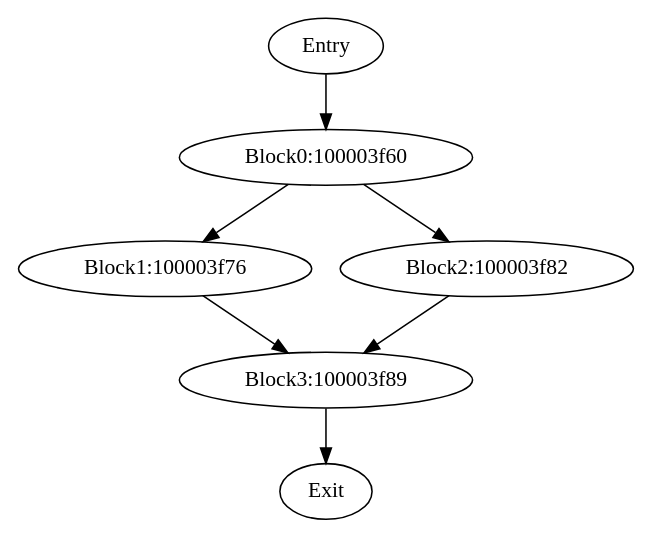
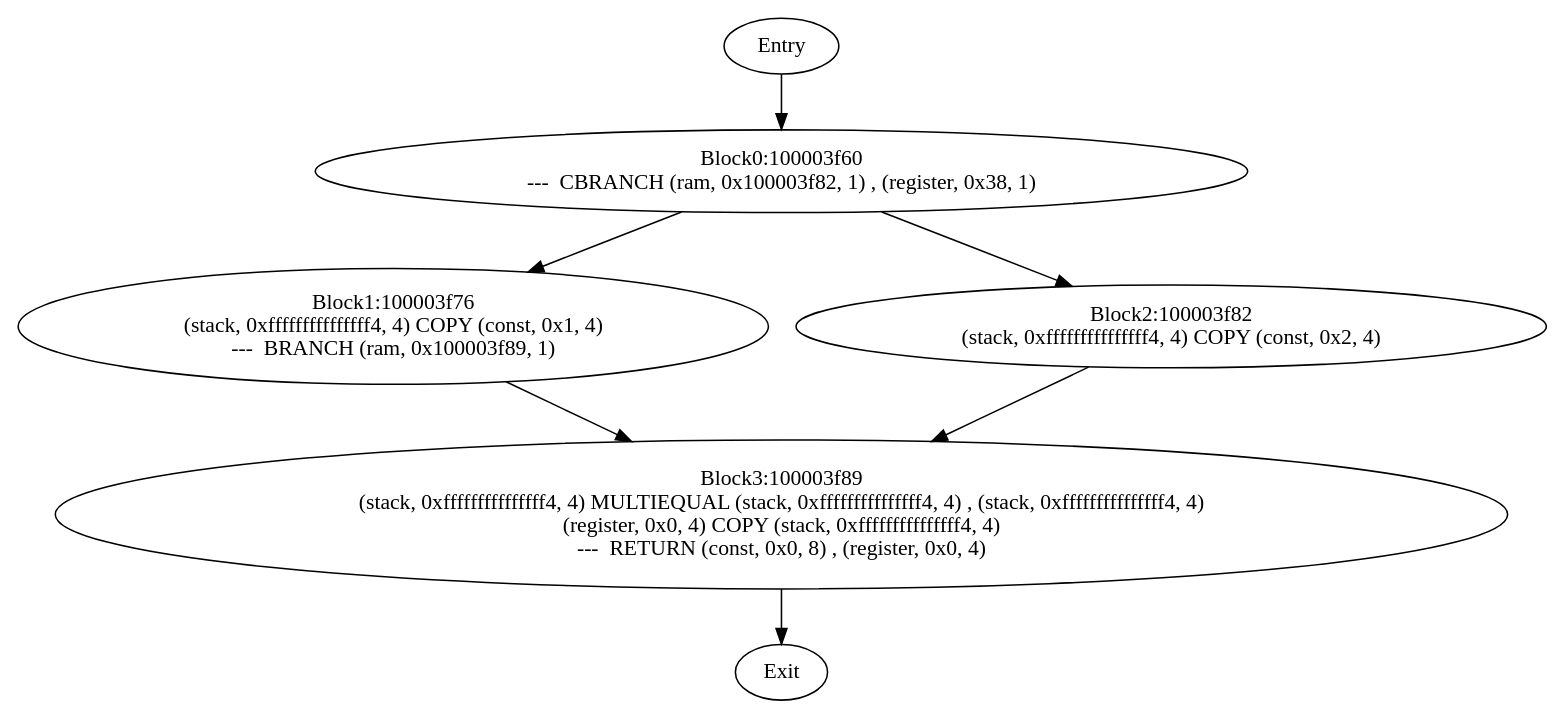
One commit to fishjump/GhidraPointerMiner changed the diagram in example/main.dot. Above: the diagram before and after it, drawn with Graphviz. The commit also changed 3 other files, not shown here.

```diff
--- a/example/main.dot
+++ b/example/main.dot
@@ -1,14 +1,18 @@
 digraph foo {
     "entry"[label="Entry"]
     "exit"[label="Exit"]
-    "100003f60"[label="Block0:100003f60"]
-    "100003f76"[label="Block1:100003f76"]
-    "100003f82"[label="Block2:100003f82"]
-    "100003f89"[label="Block3:100003f89"]
+    "100003f60"[label="Block0:100003f60
+ ---  CBRANCH (ram, 0x100003f82, 1) , (register, 0x38, 1)\n"]
+    "100003f76"[label="Block1:100003f76
+(stack, 0xfffffffffffffff4, 4) COPY (const, 0x1, 4)\n ---  BRANCH (ram, 0x100003f89, 1)\n"]
+    "100003f82"[label="Block2:100003f82
+(stack, 0xfffffffffffffff4, 4) COPY (const, 0x2, 4)\n"]
+    "100003f89"[label="Block3:100003f89
+(stack, 0xfffffffffffffff4, 4) MULTIEQUAL (stack, 0xfffffffffffffff4, 4) , (stack, 0xfffffffffffffff4, 4)\n(register, 0x0, 4) COPY (stack, 0xfffffffffffffff4, 4)\n ---  RETURN (const, 0x0, 8) , (register, 0x0, 4)\n"]
     "entry" -> "100003f60"
     "100003f89" -> "exit"
     "100003f60" -> "100003f82"
     "100003f60" -> "100003f76"
     "100003f76" -> "100003f89"
     "100003f82" -> "100003f89"
 }
```
